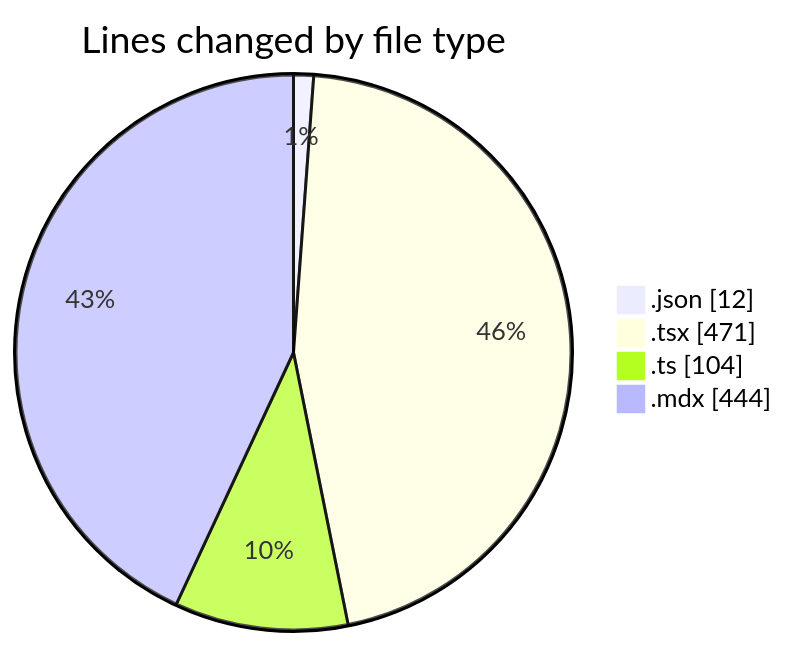
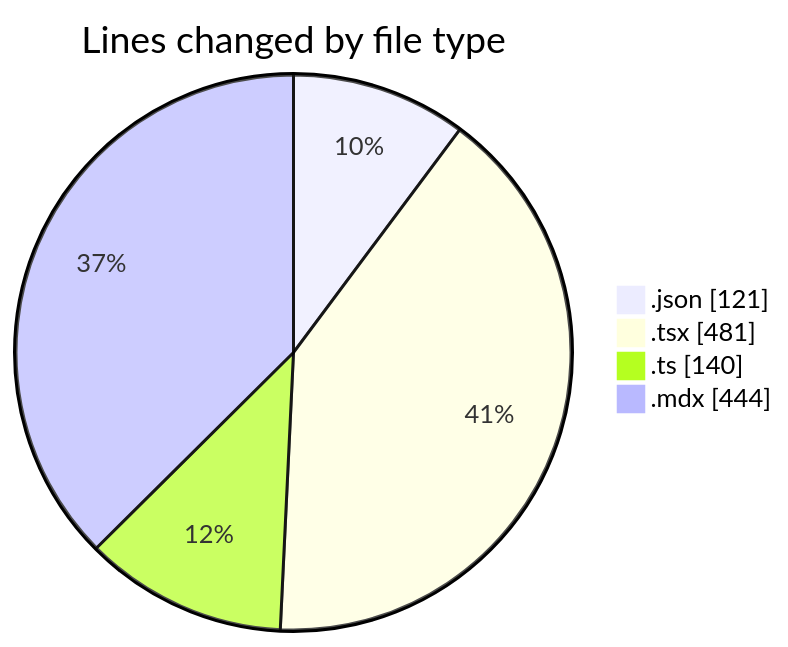
Before and after one commit to Elitesun/code-tracking: the first of 2 diagrams in 2025-05-01/niten/README.md, drawn with Mermaid. The commit also changed other lines of this file and 1 other file, not shown here.

````diff
--- a/2025-05-01/niten/README.md
+++ b/2025-05-01/niten/README.md
@@ -31,8 +33,8 @@
 ```mermaid
 pie showData
 title Lines changed by file type
-".json" : 12
-".tsx" : 471
-".ts" : 104
+".json" : 121
+".tsx" : 481
+".ts" : 140
 ".mdx" : 444
 ```
````
